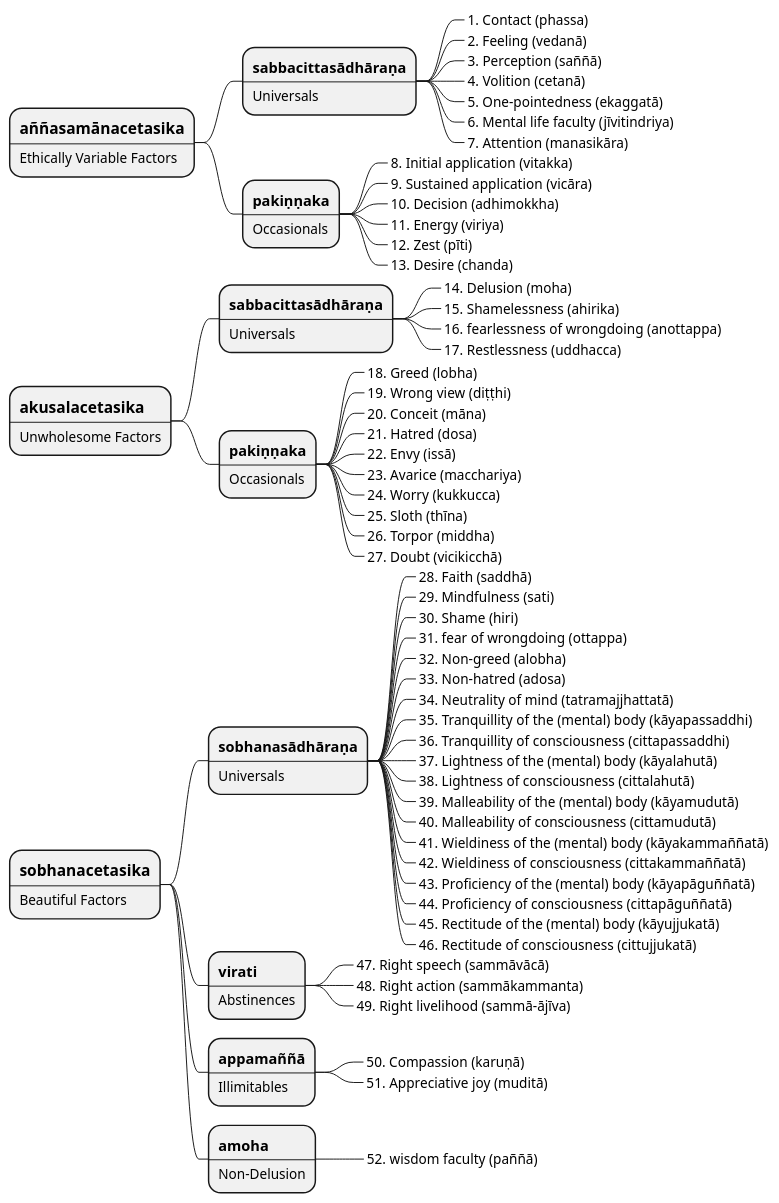
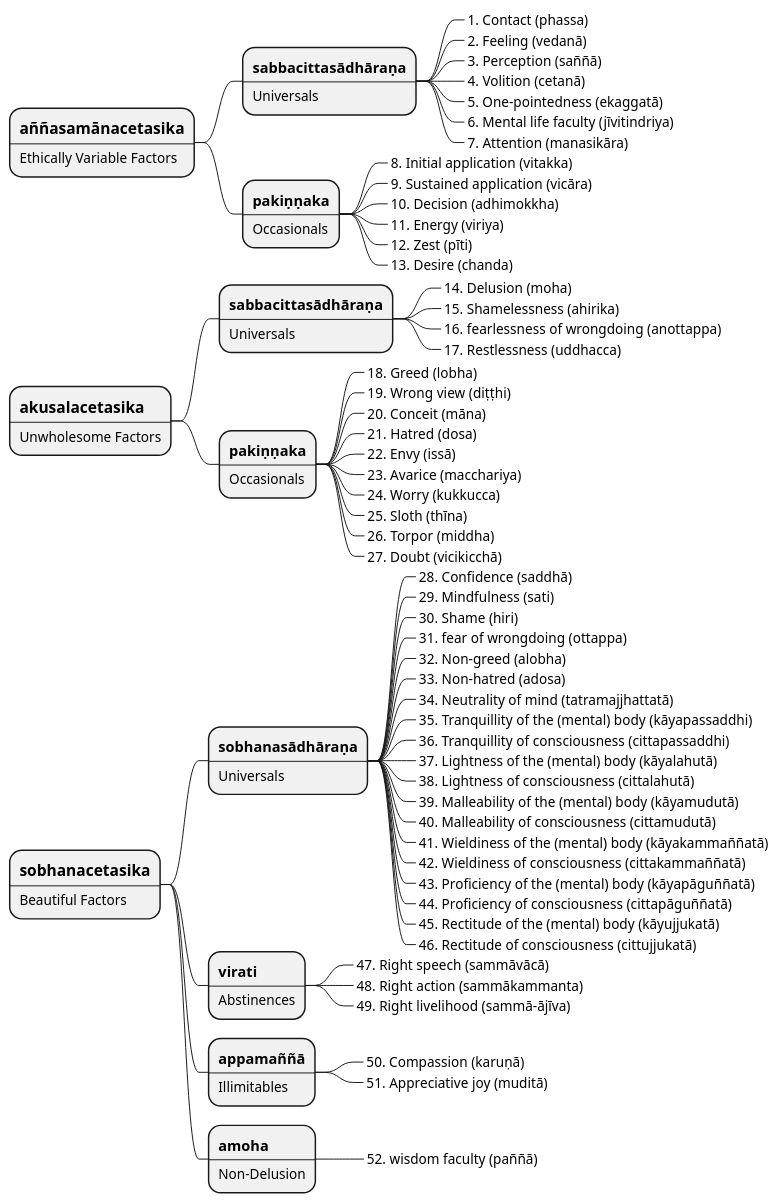
The first of 9 diagrams in src/content/docs/Abhidhamma/Sangaha/cetasika.md (ChristineTham/buddhavacana), drawn with PlantUML before and after one commit. The commit also changed other lines of this file and 87 other files, not shown here.

```diff
--- a/src/content/docs/Abhidhamma/Sangaha/cetasika.md
+++ b/src/content/docs/Abhidhamma/Sangaha/cetasika.md
@@ -66,7 +66,7 @@
 **:===sobhanasādhāraṇa
 ----
 Universals;
-***_ 28. Faith (saddhā)
+***_ 28. Confidence (saddhā)
 ***_ 29. Mindfulness (sati)
 ***_ 30. Shame (hiri)
 ***_ 31. fear of wrongdoing (ottappa)
```
